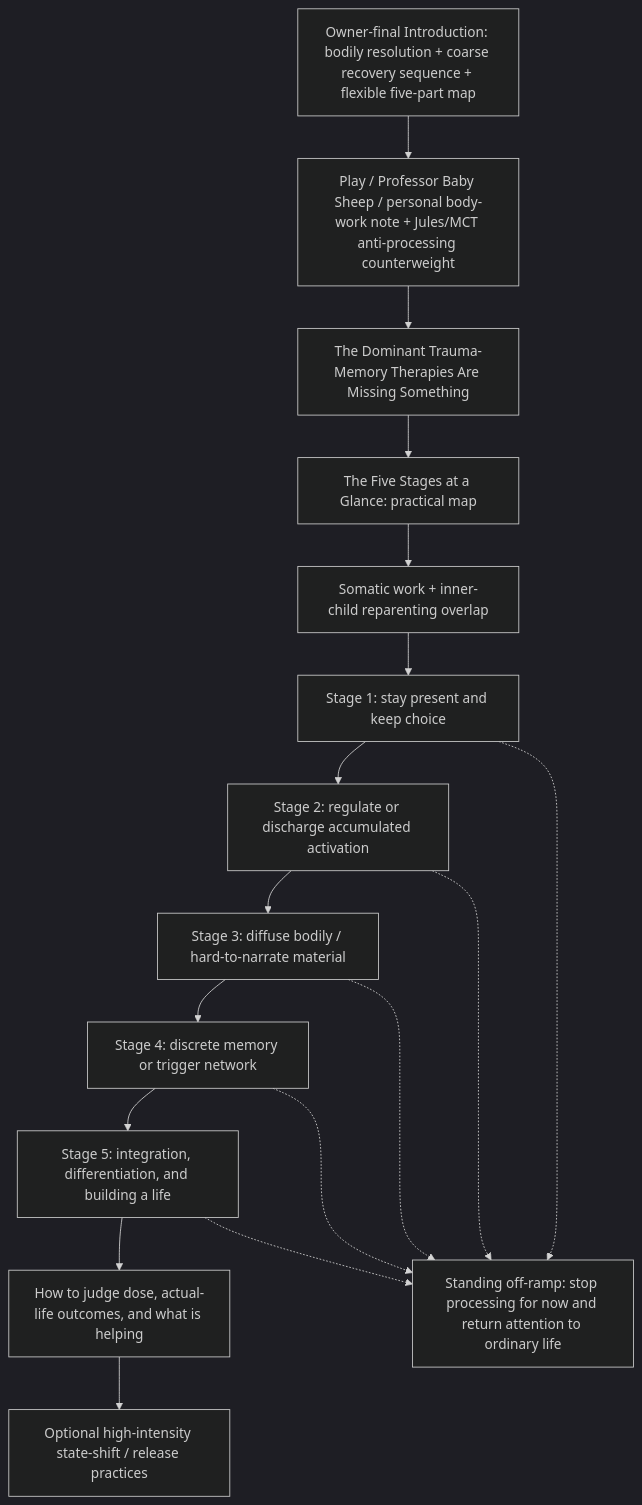
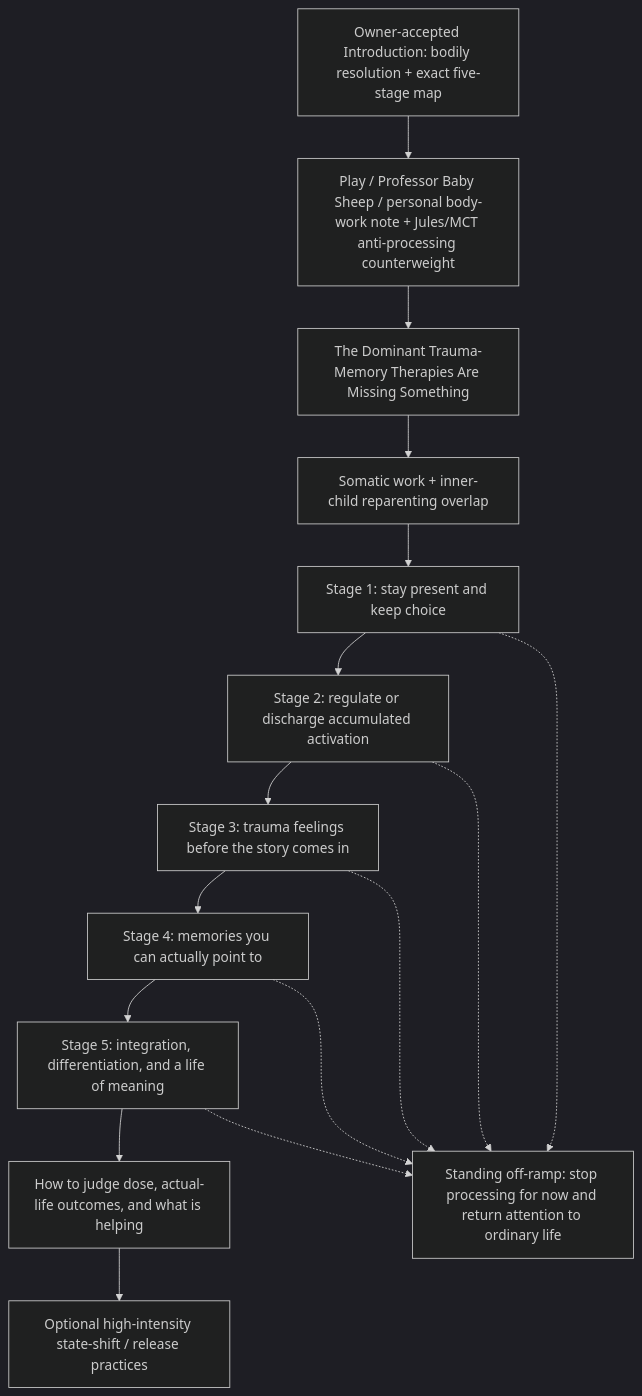
One commit to u-dont-existDOTcom/joel-articles changed the diagram in articles/somatic-therapies/ARCHITECTURE.md. Above: the diagram before and after it, drawn with Mermaid (dark theme). The commit also changed other lines of this file, not shown here.

Commit message:
somatic: move five-stage overview into Introduction

````diff
--- a/articles/somatic-therapies/ARCHITECTURE.md
+++ b/articles/somatic-therapies/ARCHITECTURE.md
@@ -8,19 +8,18 @@
 ```mermaid
 flowchart TD
-    A[Owner-final Introduction: bodily resolution + coarse recovery sequence + flexible five-part map] --> B[Play / Professor Baby Sheep / personal body-work note + Jules/MCT anti-processing counterweight]
+    A[Owner-accepted Introduction: bodily resolution + exact five-stage map] --> B[Play / Professor Baby Sheep / personal body-work note + Jules/MCT anti-processing counterweight]
     B --> C[The Dominant Trauma-Memory Therapies Are Missing Something]
-    C --> D[The Five Stages at a Glance: practical map]
-    D --> E[Somatic work + inner-child reparenting overlap]
+    C --> E[Somatic work + inner-child reparenting overlap]
     E --> S1[Stage 1: stay present and keep choice]
     S1 --> S2[Stage 2: regulate or discharge accumulated activation]
-    S2 --> S3[Stage 3: diffuse bodily / hard-to-narrate material]
-    S3 --> S4[Stage 4: discrete memory or trigger network]
-    S4 --> S5[Stage 5: integration, differentiation, and building a life]
+    S2 --> S3[Stage 3: trauma feelings before the story comes in]
+    S3 --> S4[Stage 4: memories you can actually point to]
+    S4 --> S5[Stage 5: integration, differentiation, and a life of meaning]
     S5 --> H[How to judge dose, actual-life outcomes, and what is helping]
     H --> X[Optional high-intensity state-shift / release practices]
     S1 -.-> O[Standing off-ramp: stop processing for now and return attention to ordinary life]
     S2 -.-> O
     S3 -.-> O
     S4 -.-> O
     S5 -.-> O
 ```
````
